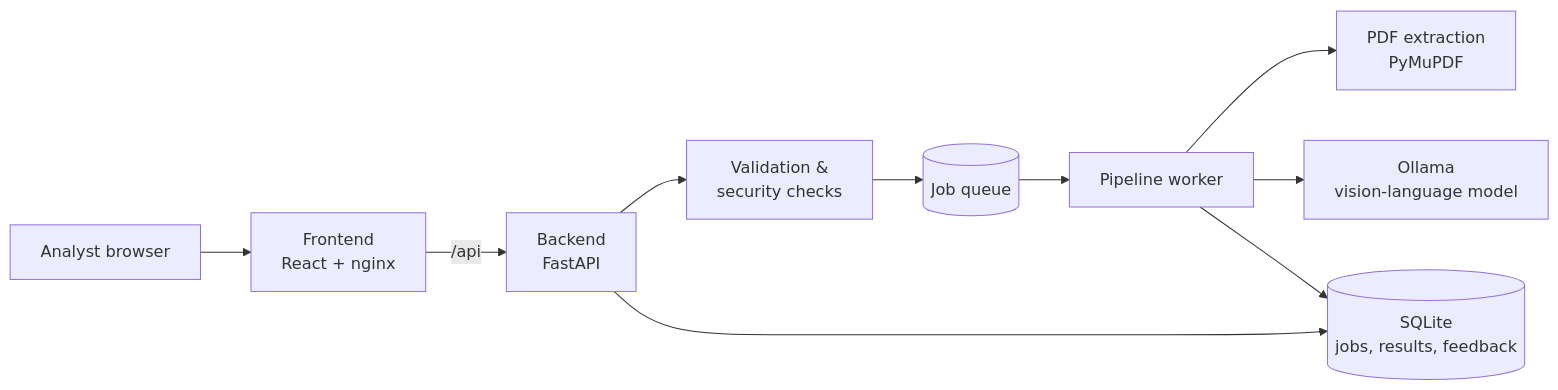
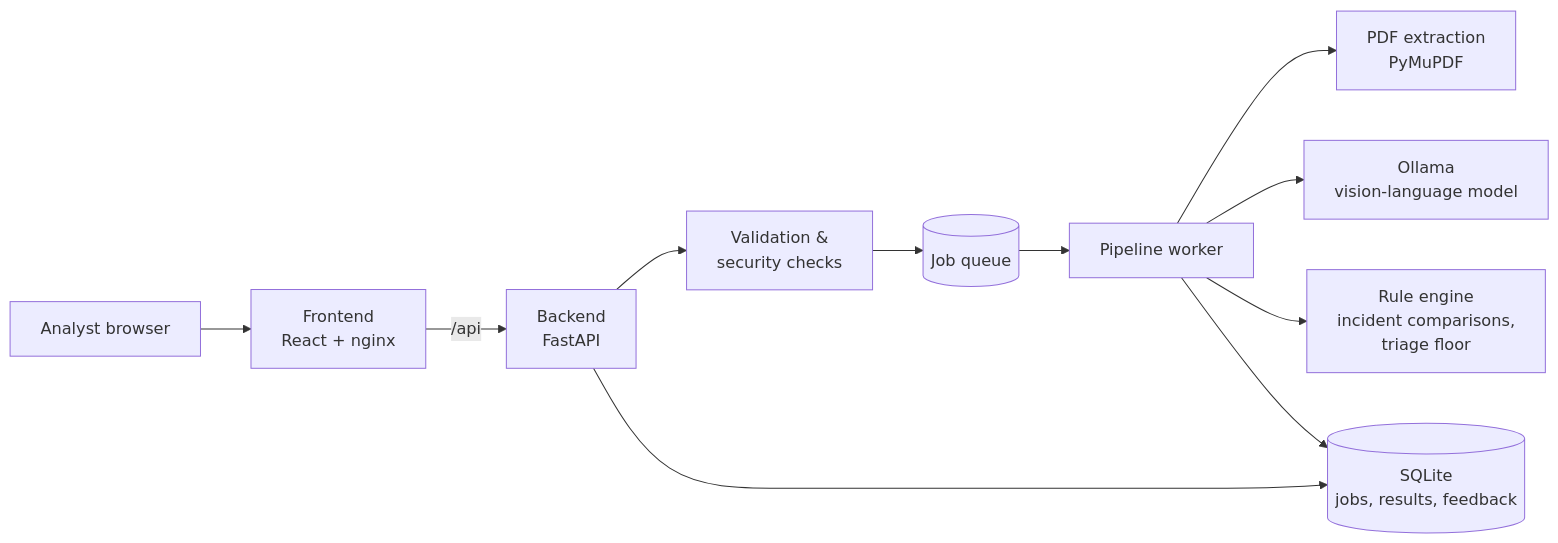
Before and after one commit to MuffinC/HTXTHA: the diagram in README.md, drawn with Mermaid. The commit also changed other lines of this file and 6 other files, not shown here.

````diff
--- a/README.md
+++ b/README.md
@@ -57,12 +65,13 @@
 ```mermaid
 flowchart LR
     U[Analyst browser] --> F[Frontend<br/>React + nginx]
     F -->|/api| B[Backend<br/>FastAPI]
     B --> V[Validation &<br/>security checks]
     V --> Q[(Job queue)]
     Q --> W[Pipeline worker]
     W --> E[PDF extraction<br/>PyMuPDF]
     W --> O[Ollama<br/>vision-language model]
+    W --> R[Rule engine<br/>incident comparisons,<br/>triage floor]
     W --> DB[(SQLite<br/>jobs, results, feedback)]
     B --> DB
 ```
````
